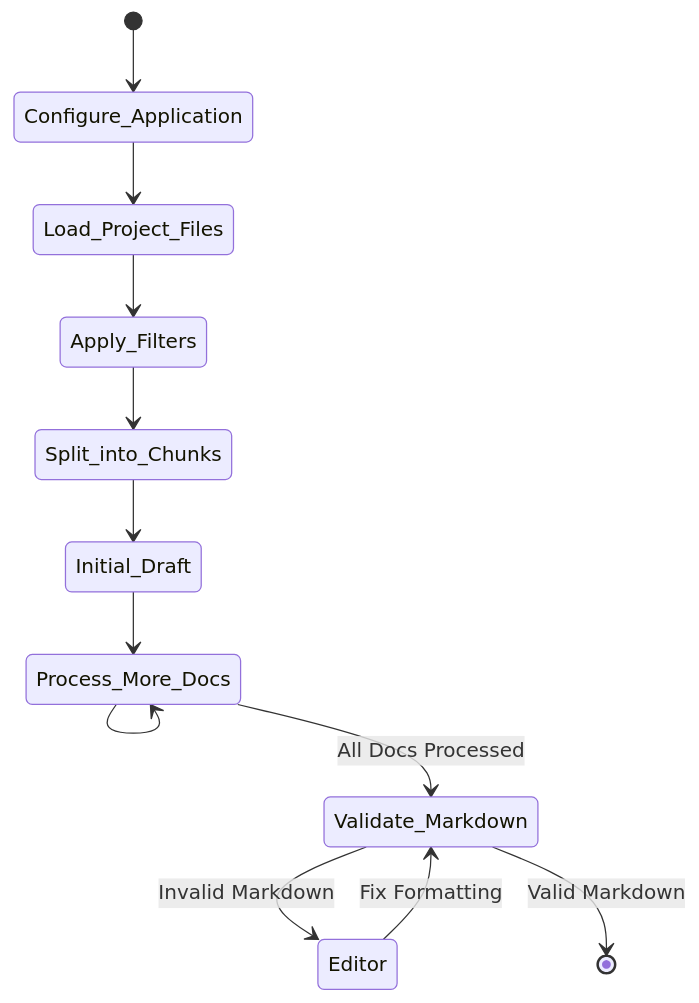
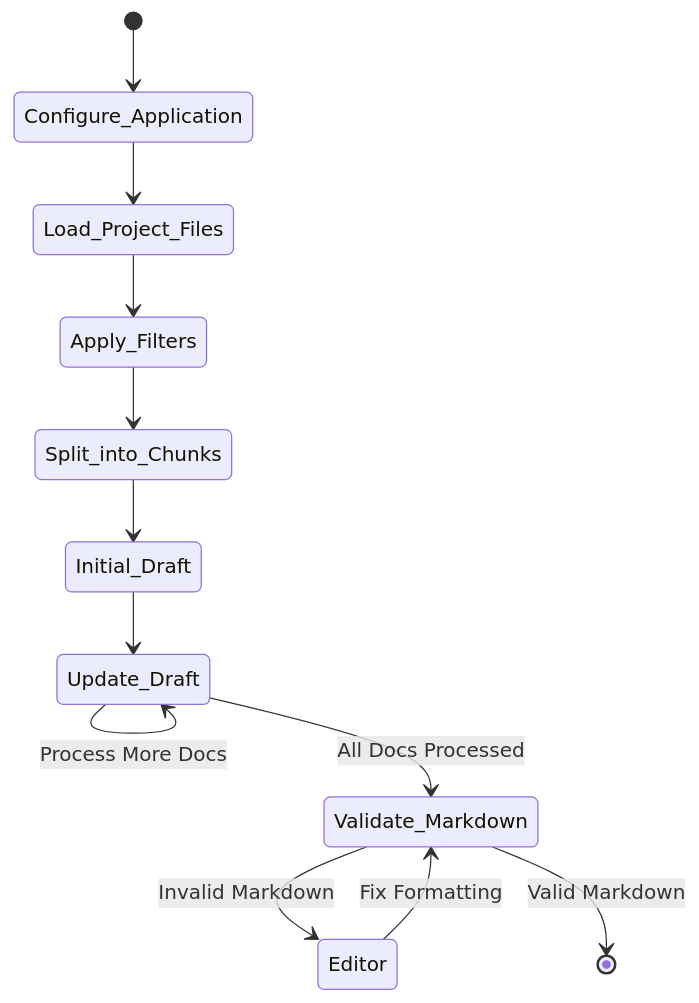
Before and after one commit to xvnpw/ai-security-analyzer: the diagram in README.md, drawn with Mermaid.

````diff
--- a/README.md
+++ b/README.md
@@ -120,14 +120,14 @@
 ```mermaid
 stateDiagram-v2
     [*] --> Configure_Application
     Configure_Application --> Load_Project_Files
     Load_Project_Files --> Apply_Filters
     Apply_Filters --> Split_into_Chunks
     Split_into_Chunks --> Initial_Draft
-    Initial_Draft -->  Process_More_Docs
-    Process_More_Docs --> Process_More_Docs
-    Process_More_Docs --> Validate_Markdown: All Docs Processed
+    Initial_Draft -->  Update_Draft
+    Update_Draft --> Update_Draft: Process More Docs
+    Update_Draft --> Validate_Markdown: All Docs Processed
     Validate_Markdown --> Editor: Invalid Markdown
     Editor --> Validate_Markdown: Fix Formatting
     Validate_Markdown --> [*]: Valid Markdown
 ```
````
